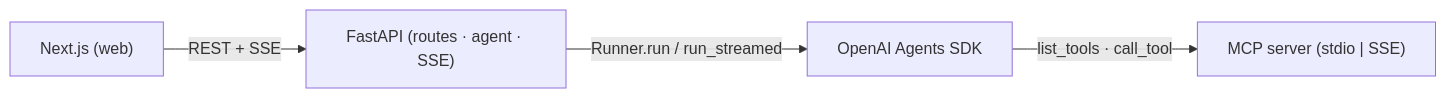
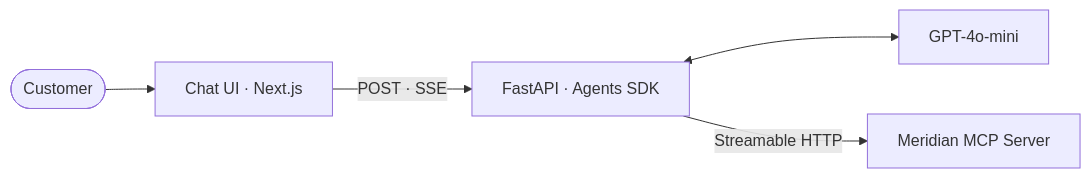
One commit to mcaleb808/assessment-repo changed the diagram in README.md. Above: the diagram before and after it, drawn with Mermaid. The commit also changed other lines of this file and 31 other files, not shown here.

Commit message:
Add Meridian Electronics customer support chatbot over MCP

````diff
--- a/README.md
+++ b/README.md
@@ -8,11 +9,13 @@
 ```mermaid
 flowchart LR
-  Browser["Next.js (web)"]
-  API["FastAPI (routes · agent · SSE)"]
-  Agent["OpenAI Agents SDK"]
-  MCP["MCP server (stdio | SSE)"]
+  Customer(["Customer"])
+  UI["Chat UI · Next.js"]
+  API["FastAPI · Agents SDK"]
+  LLM["GPT-4o-mini"]
+  MCP["Meridian MCP Server"]
 
-  Browser -- "REST + SSE" --> API
-  API -- "Runner.run / run_streamed" --> Agent
-  Agent -- "list_tools · call_tool" --> MCP
+  Customer --> UI
+  UI -- "POST · SSE" --> API
+  API <--> LLM
+  API -- "Streamable HTTP" --> MCP
 ```
````
